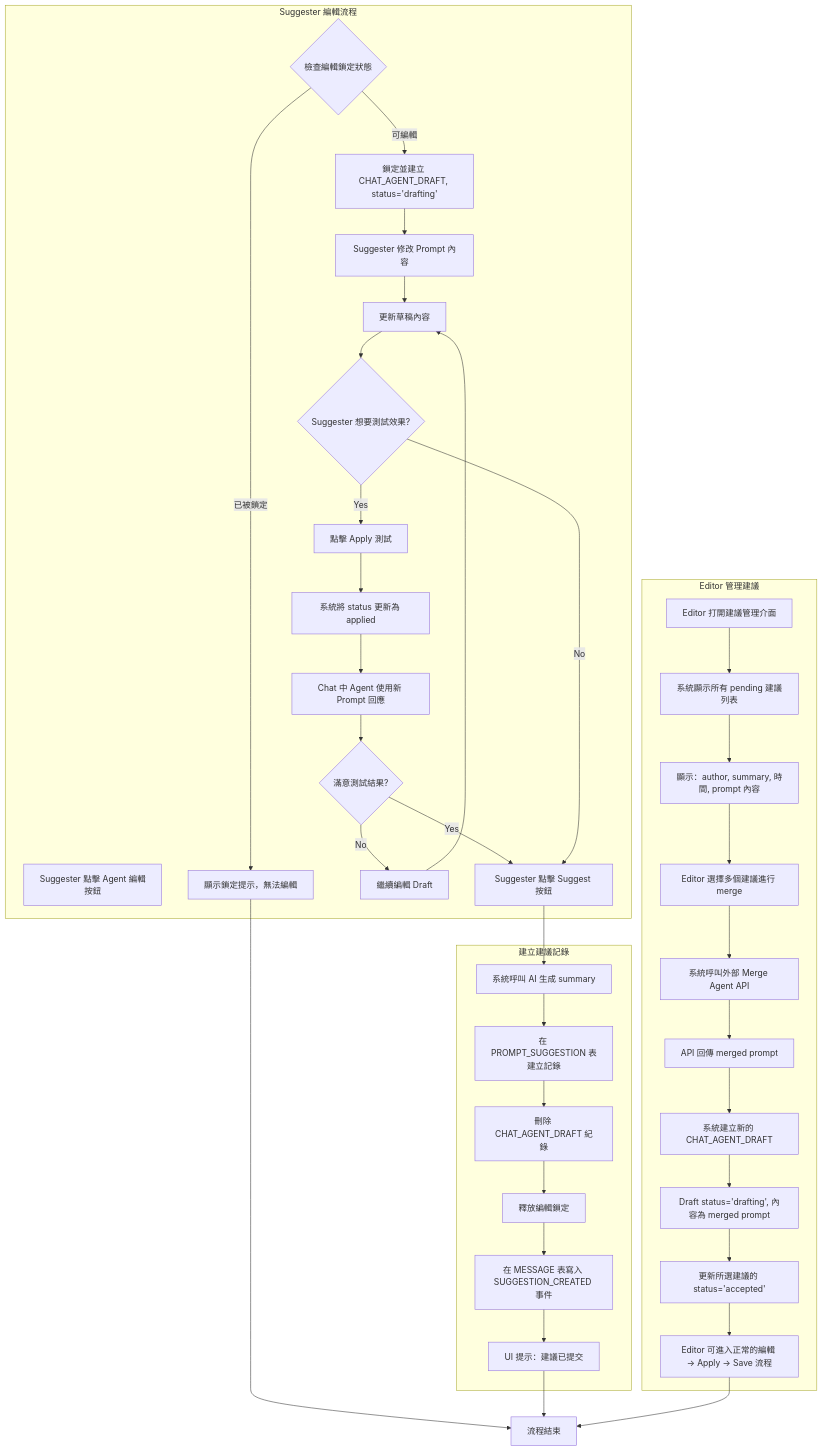
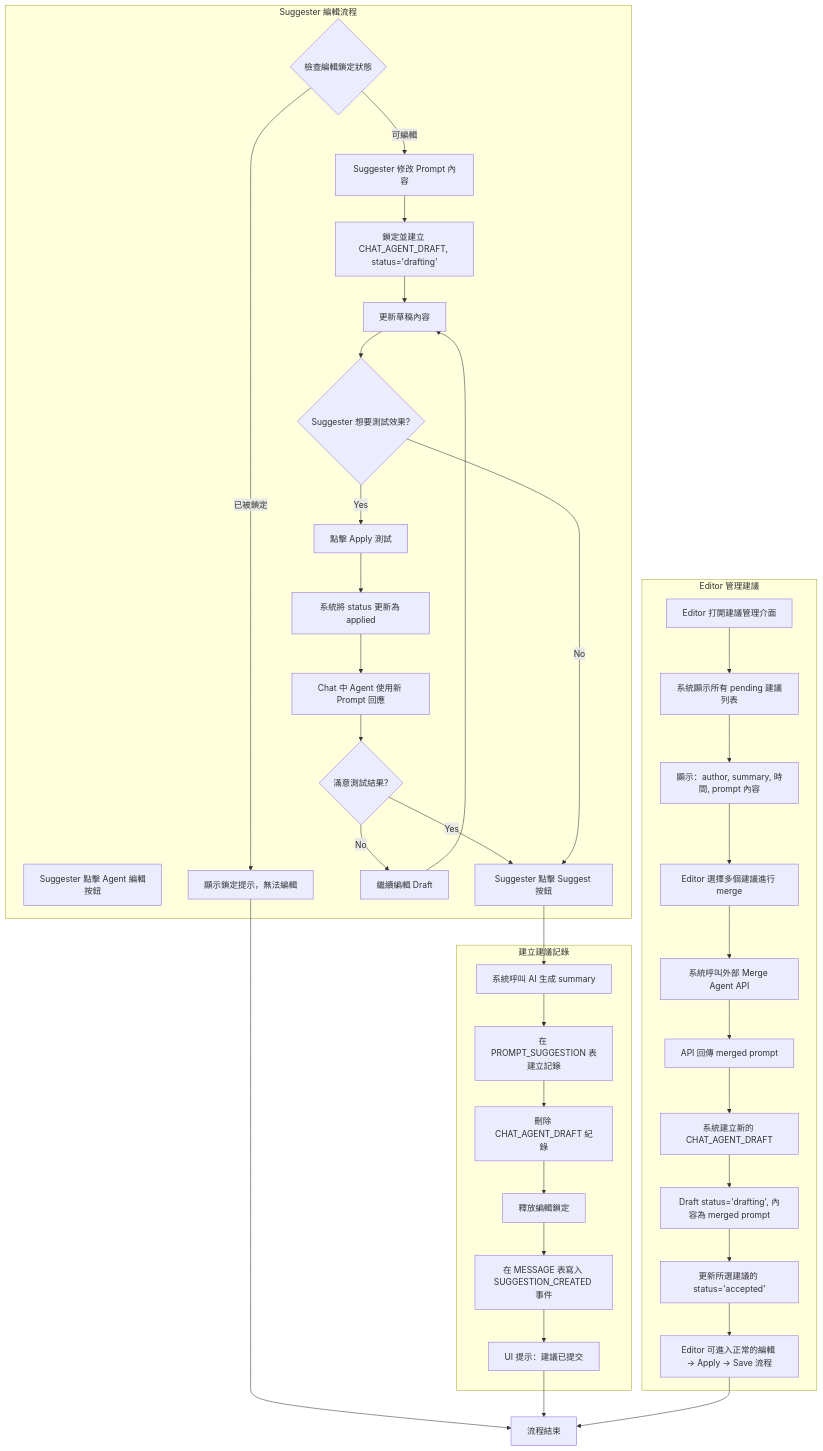
One commit to zhowzeng/v2-design-doc changed the seventh of 7 diagrams in design_doc.md. Above: the diagram before and after it, drawn with Mermaid. The commit also changed other lines of this file, not shown here.

````diff
--- a/design_doc.md
+++ b/design_doc.md
@@ -392,49 +397,49 @@
 ```mermaid
 graph TD
     subgraph Phase1 [Suggester 編輯流程]
         A1[Suggester 點擊 Agent 編輯按鈕]
         A2{檢查編輯鎖定狀態}
         A2 -- 已被鎖定 --> A3[顯示鎖定提示，無法編輯]
-        A2 -- 可編輯 --> A4[鎖定並建立 CHAT_AGENT_DRAFT, status='drafting']
-        A4 --> A5[Suggester 修改 Prompt 內容]
+        A2 -- 可編輯 --> A4[Suggester 修改 Prompt 內容]
+        A4 --> A5[鎖定並建立 CHAT_AGENT_DRAFT, status='drafting']
         A5 --> A6[更新草稿內容]
         A6 --> A7{Suggester 想要測試效果?}
         A7 -- Yes --> A8[點擊 Apply 測試]
         A8 --> A9[系統將 status 更新為 applied]
         A9 --> A10[Chat 中 Agent 使用新 Prompt 回應]
         A10 --> A11{滿意測試結果?}
         A11 -- No --> A12[繼續編輯 Draft]
         A12 --> A6
         A11 -- Yes --> A13[Suggester 點擊 Suggest 按鈕]
         A7 -- No --> A13
     end
     
     subgraph Phase2 [建立建議記錄]
         B1[系統呼叫 AI 生成 summary]
         B2[在 PROMPT_SUGGESTION 表建立記錄]
         B3[刪除 CHAT_AGENT_DRAFT 紀錄]
         B4[釋放編輯鎖定]
         B5[在 MESSAGE 表寫入 SUGGESTION_CREATED 事件]
         B6[UI 提示：建議已提交]
         B1 --> B2 --> B3 --> B4 --> B5 --> B6
     end
     
     subgraph Phase3 [Editor 管理建議]
         C1[Editor 打開建議管理介面]
         C2[系統顯示所有 pending 建議列表]
         C3[顯示：author, summary, 時間, prompt 內容]
         C4[Editor 選擇多個建議進行 merge]
         C5[系統呼叫外部 Merge Agent API]
         C6[API 回傳 merged prompt]
         C7[系統建立新的 CHAT_AGENT_DRAFT]
         C8[Draft status='drafting', 內容為 merged prompt]
         C9[更新所選建議的 status='accepted']
         C10[Editor 可進入正常的編輯 → Apply → Save 流程]
         C1 --> C2 --> C3 --> C4 --> C5 --> C6 --> C7 --> C8 --> C9 --> C10
     end
     
     A13 --> B1
     A3 --> F[流程結束]
     B6 --> F
     C10 --> F
 ```
````
